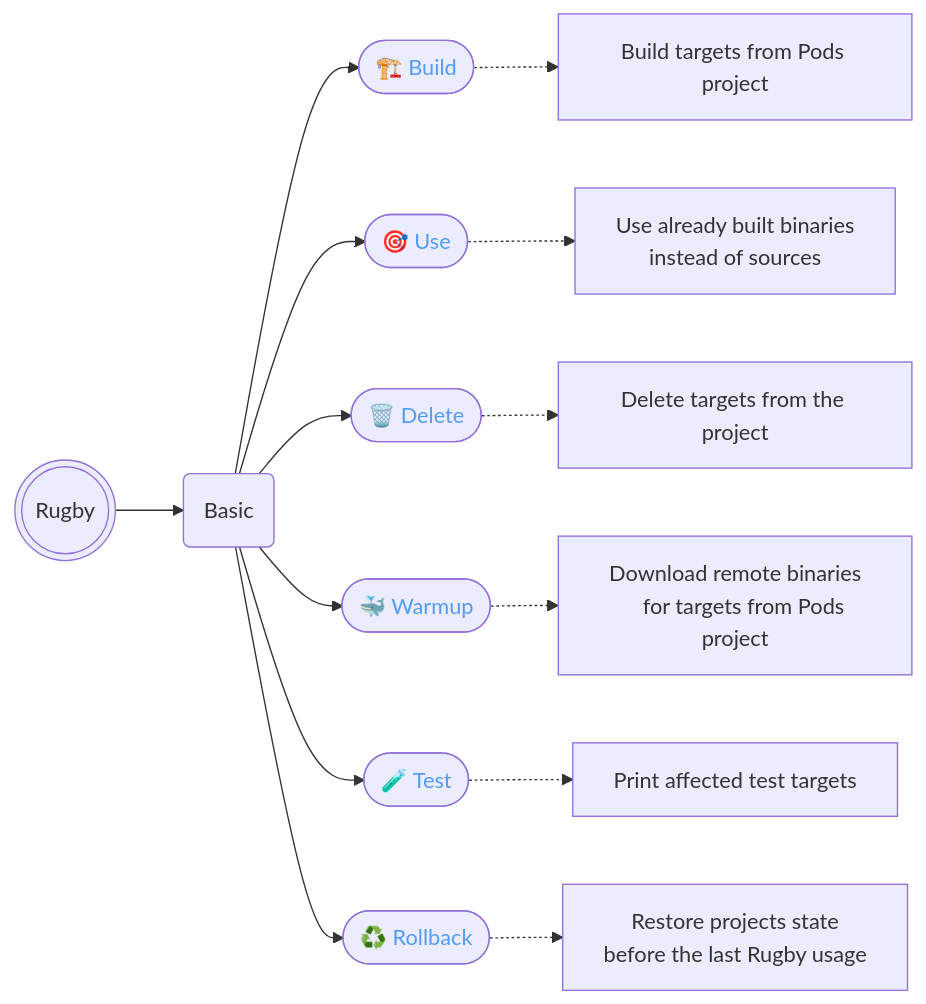
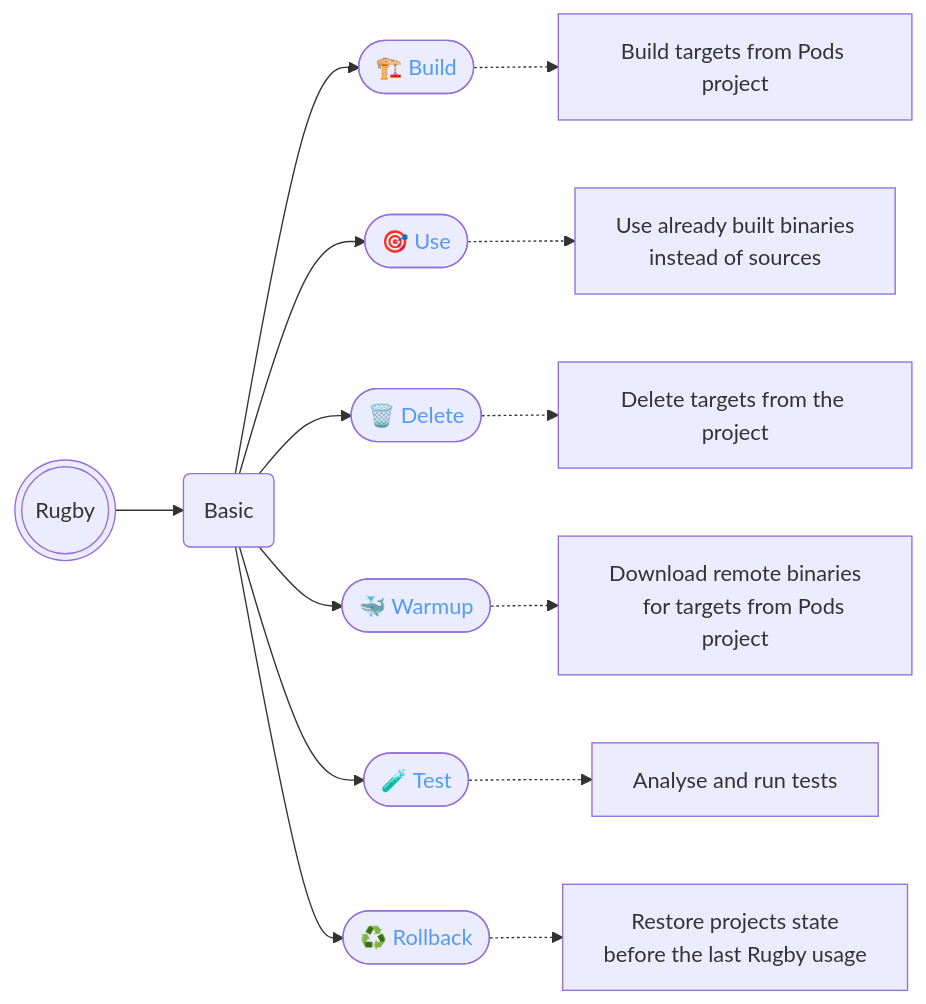
One commit to swiftyfinch/Rugby changed the first of 4 diagrams in Docs/commands-help/README.md. Above: the diagram before and after it, drawn with Mermaid. The commit also changed 2 other files, not shown here.

Commit message:
Add docs for rugby test command

````diff
--- a/Docs/commands-help/README.md
+++ b/Docs/commands-help/README.md
@@ -44,44 +44,44 @@
 ```mermaid
 flowchart LR
     S((("Rugby")))
     S --> A("Basic")
 
     A --> AA(["🏗️ Build"]) -.-> AAA["
     Build targets from Pods project
     "]
     style AA color:#539bf5
     click AA "https://github.com/swiftyfinch/Rugby/blob/main/Docs/commands-help/build.md" _blank
 
     A --> AB(["🎯 Use"]) -.-> ABA["
     Use already built binaries
     instead of sources
     "]
     style AB color:#539bf5
     click AB "https://github.com/swiftyfinch/Rugby/blob/main/Docs/commands-help/use.md" _blank
 
     A --> AC(["🗑️ Delete"]) -.-> ACA["
     Delete targets from the project
     "]
     style AC color:#539bf5
     click AC "https://github.com/swiftyfinch/Rugby/blob/main/Docs/commands-help/delete.md" _blank
 
     A --> AD(["🐳 Warmup"]) -.-> ADA["
     Download remote binaries
     for targets from Pods project
     "]
     style AD color:#539bf5
     click AD "https://github.com/swiftyfinch/Rugby/blob/main/Docs/commands-help/warmup.md" _blank
 
     A --> AE(["🧪 Test"]) -.-> AEA["
-    Print affected test targets
+    Analyse and run tests
     "]
     style AE color:#539bf5
     click AE "https://github.com/swiftyfinch/Rugby/blob/main/Docs/commands-help/test.md" _blank
 
     A --> AF(["♻️ Rollback"]) -.-> AFA["
     Restore projects state
     before the last Rugby usage
     "]
     style AF color:#539bf5
     click AF "https://github.com/swiftyfinch/Rugby/blob/main/Docs/commands-help/rollback.md" _blank
 ```
````
